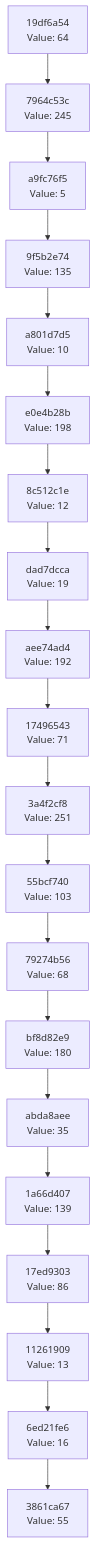
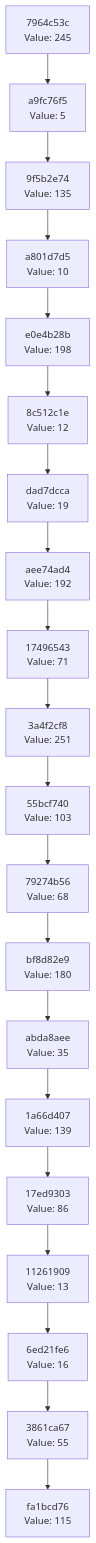
One commit to Abhisheksinha1506/hash-chain-evolver changed the diagram in docs/CHAIN_VISUALIZATION.md. Above: the diagram before and after it, drawn with Mermaid. The commit also changed 1 other file, not shown here.

Commit message:
Evolution Step

````diff
--- a/docs/CHAIN_VISUALIZATION.md
+++ b/docs/CHAIN_VISUALIZATION.md
@@ -3,42 +3,42 @@
 ```mermaid
 graph TD
-    C0["3861ca67<br/>Value: 55"]
-    C1["6ed21fe6<br/>Value: 16"]
+    C0["fa1bcd76<br/>Value: 115"]
+    C1["3861ca67<br/>Value: 55"]
     C1 --> C0
-    C2["11261909<br/>Value: 13"]
+    C2["6ed21fe6<br/>Value: 16"]
     C2 --> C1
-    C3["17ed9303<br/>Value: 86"]
+    C3["11261909<br/>Value: 13"]
     C3 --> C2
-    C4["1a66d407<br/>Value: 139"]
+    C4["17ed9303<br/>Value: 86"]
     C4 --> C3
-    C5["abda8aee<br/>Value: 35"]
+    C5["1a66d407<br/>Value: 139"]
     C5 --> C4
-    C6["bf8d82e9<br/>Value: 180"]
+    C6["abda8aee<br/>Value: 35"]
     C6 --> C5
-    C7["79274b56<br/>Value: 68"]
+    C7["bf8d82e9<br/>Value: 180"]
     C7 --> C6
-    C8["55bcf740<br/>Value: 103"]
+    C8["79274b56<br/>Value: 68"]
     C8 --> C7
-    C9["3a4f2cf8<br/>Value: 251"]
+    C9["55bcf740<br/>Value: 103"]
     C9 --> C8
-    C10["17496543<br/>Value: 71"]
+    C10["3a4f2cf8<br/>Value: 251"]
     C10 --> C9
-    C11["aee74ad4<br/>Value: 192"]
+    C11["17496543<br/>Value: 71"]
     C11 --> C10
-    C12["dad7dcca<br/>Value: 19"]
+    C12["aee74ad4<br/>Value: 192"]
     C12 --> C11
-    C13["8c512c1e<br/>Value: 12"]
+    C13["dad7dcca<br/>Value: 19"]
     C13 --> C12
-    C14["e0e4b28b<br/>Value: 198"]
+    C14["8c512c1e<br/>Value: 12"]
     C14 --> C13
-    C15["a801d7d5<br/>Value: 10"]
+    C15["e0e4b28b<br/>Value: 198"]
     C15 --> C14
-    C16["9f5b2e74<br/>Value: 135"]
+    C16["a801d7d5<br/>Value: 10"]
     C16 --> C15
-    C17["a9fc76f5<br/>Value: 5"]
+    C17["9f5b2e74<br/>Value: 135"]
     C17 --> C16
-    C18["7964c53c<br/>Value: 245"]
+    C18["a9fc76f5<br/>Value: 5"]
     C18 --> C17
-    C19["19df6a54<br/>Value: 64"]
+    C19["7964c53c<br/>Value: 245"]
     C19 --> C18
 ```
````
